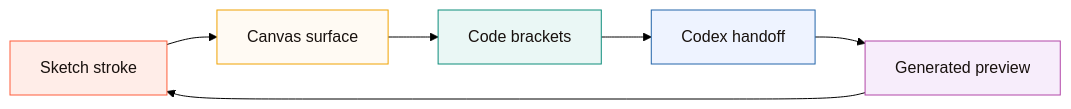
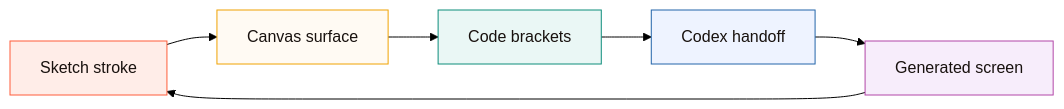
The diagram in docs/BRANDING.md (varshneydevansh/Canvax), drawn with Mermaid (forest theme) before and after one commit. The commit also changed 19 other files, not shown here.

````diff
--- a/docs/BRANDING.md
+++ b/docs/BRANDING.md
@@ -31,20 +31,20 @@
 ```mermaid
 flowchart LR
     Sketch["Sketch stroke"] --> Canvas["Canvas surface"]
     Canvas --> Code["Code brackets"]
     Code --> Codex["Codex handoff"]
-    Codex --> Preview["Generated preview"]
+    Codex --> Preview["Generated screen"]
     Preview --> Sketch
 
     classDef sketch fill:#ffede8,stroke:#ff5d3a,color:#18110e
     classDef canvas fill:#fffaf3,stroke:#f0a202,color:#18110e
     classDef code fill:#eaf7f5,stroke:#0c8d7b,color:#18110e
     classDef codex fill:#eef3ff,stroke:#2364aa,color:#18110e
     classDef preview fill:#f7edfb,stroke:#b246a8,color:#18110e
 
     class Sketch sketch
     class Canvas canvas
     class Code code
     class Codex codex
     class Preview preview
 ```
````
